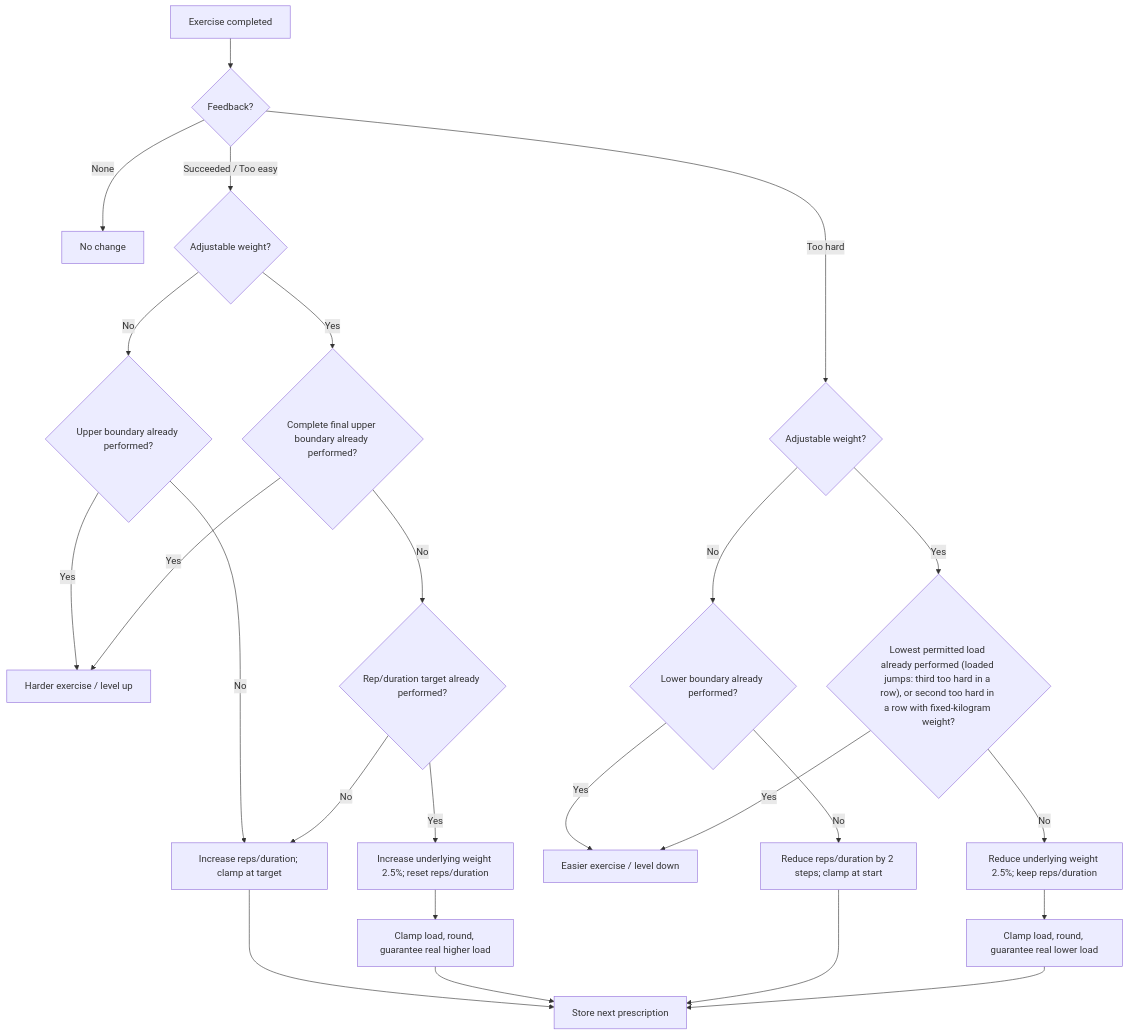
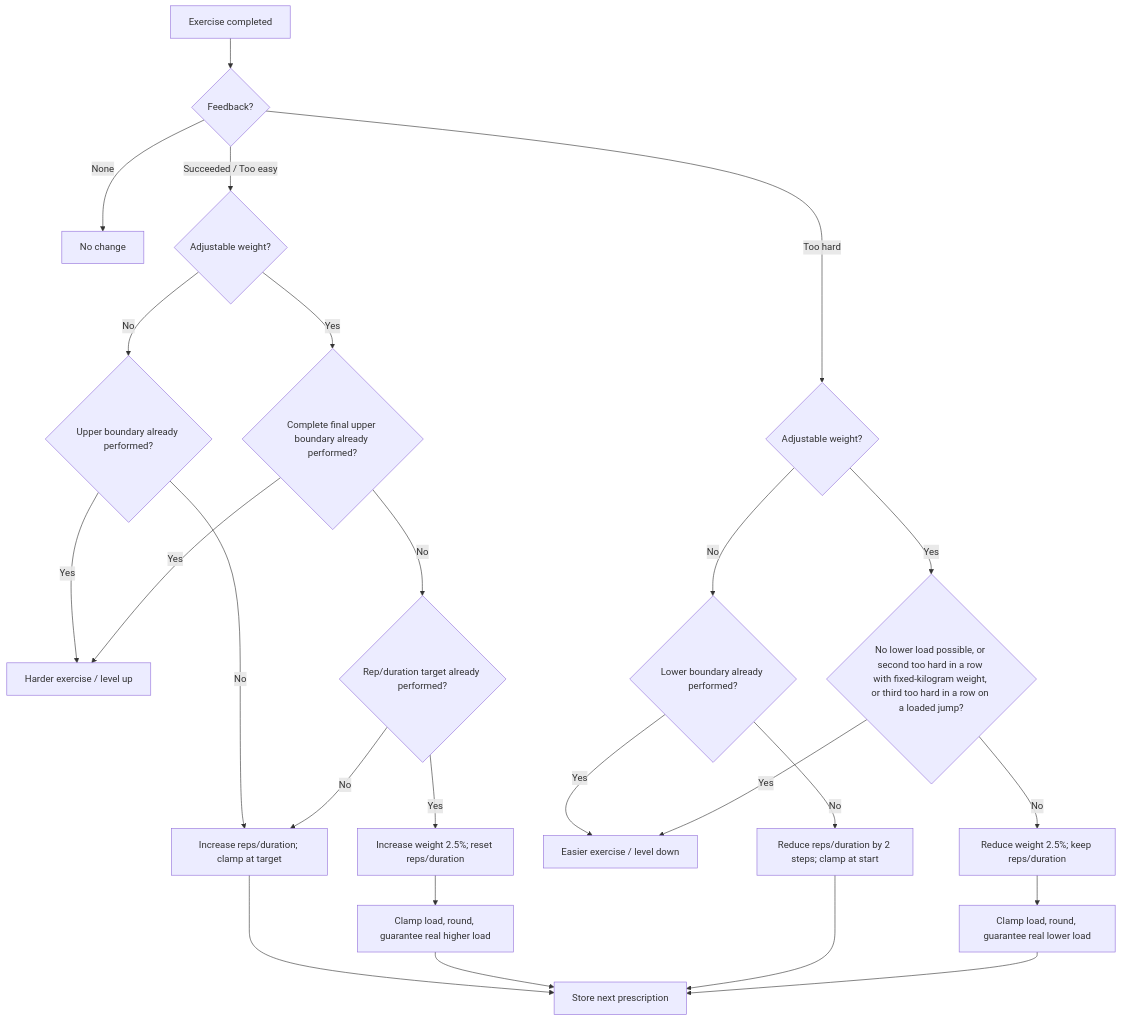
The diagram in athlete-mobile/docs/specs/progression/standard-exercise-progression.md (digital-athletic/sports-athletic), drawn with Mermaid before and after one commit. The commit also changed other lines of this file and 24 other files, not shown here.

````diff
--- a/athlete-mobile/docs/specs/progression/standard-exercise-progression.md
+++ b/athlete-mobile/docs/specs/progression/standard-exercise-progression.md
@@ -255,32 +261,32 @@
 ```mermaid
 graph TD
     A["Exercise completed"] --> B{"Feedback?"}
 
     B -->|None| N["No change"]
     B -->|Succeeded / Too easy| P{"Adjustable weight?"}
     B -->|Too hard| M{"Adjustable weight?"}
 
     P -->|No| PU{"Upper boundary already performed?"}
     PU -->|Yes| LU["Harder exercise / level up"]
     PU -->|No| PR["Increase reps/duration; clamp at target"]
     PR --> S["Store next prescription"]
 
     P -->|Yes| PW{"Complete final upper boundary already performed?"}
     PW -->|Yes| LU
     PW -->|No| PT{"Rep/duration target already performed?"}
     PT -->|No| PR
-    PT -->|Yes| WI["Increase underlying weight 2.5%; reset reps/duration"]
+    PT -->|Yes| WI["Increase weight 2.5%; reset reps/duration"]
     WI --> WC["Clamp load, round, guarantee real higher load"]
     WC --> S
 
     M -->|No| ML{"Lower boundary already performed?"}
     ML -->|Yes| LD["Easier exercise / level down"]
     ML -->|No| MR["Reduce reps/duration by 2 steps; clamp at start"]
     MR --> S
 
-    M -->|Yes| MB{"Lowest permitted load already performed (loaded jumps: third too hard in a row), or second too hard in a row with fixed-kilogram weight?"}
+    M -->|Yes| MB{"No lower load possible, or second too hard in a row with fixed-kilogram weight, or third too hard in a row on a loaded jump?"}
     MB -->|Yes| LD
-    MB -->|No| MD["Reduce underlying weight 2.5%; keep reps/duration"]
+    MB -->|No| MD["Reduce weight 2.5%; keep reps/duration"]
     MD --> MC["Clamp load, round, guarantee real lower load"]
     MC --> S
 ```
````
